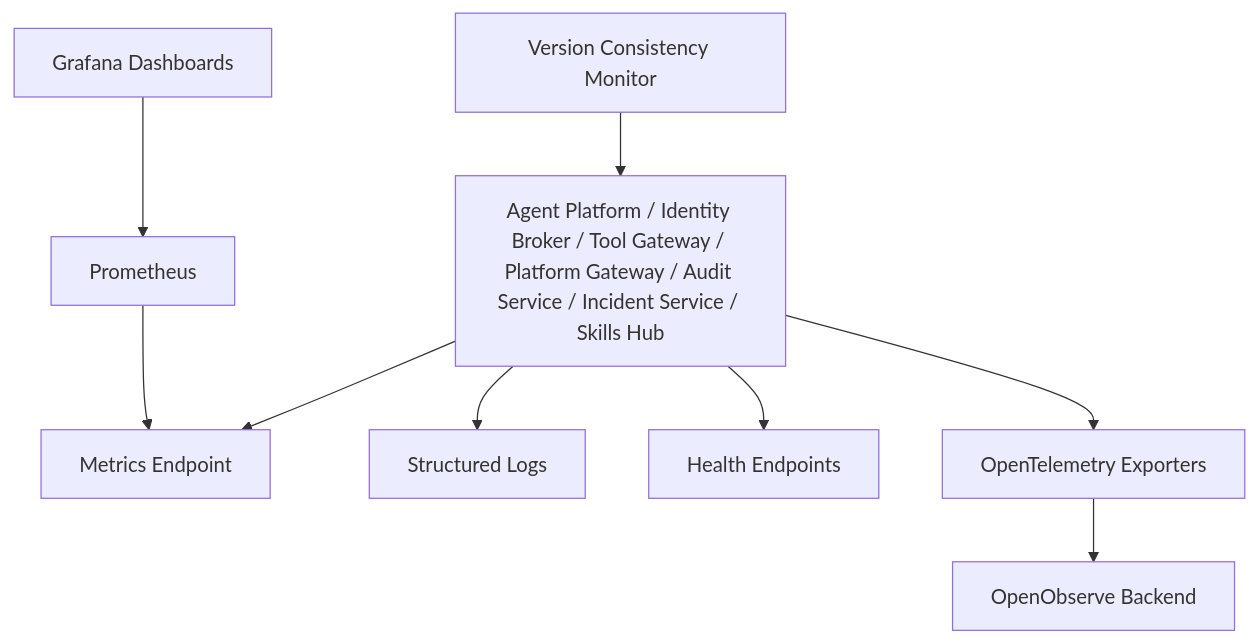
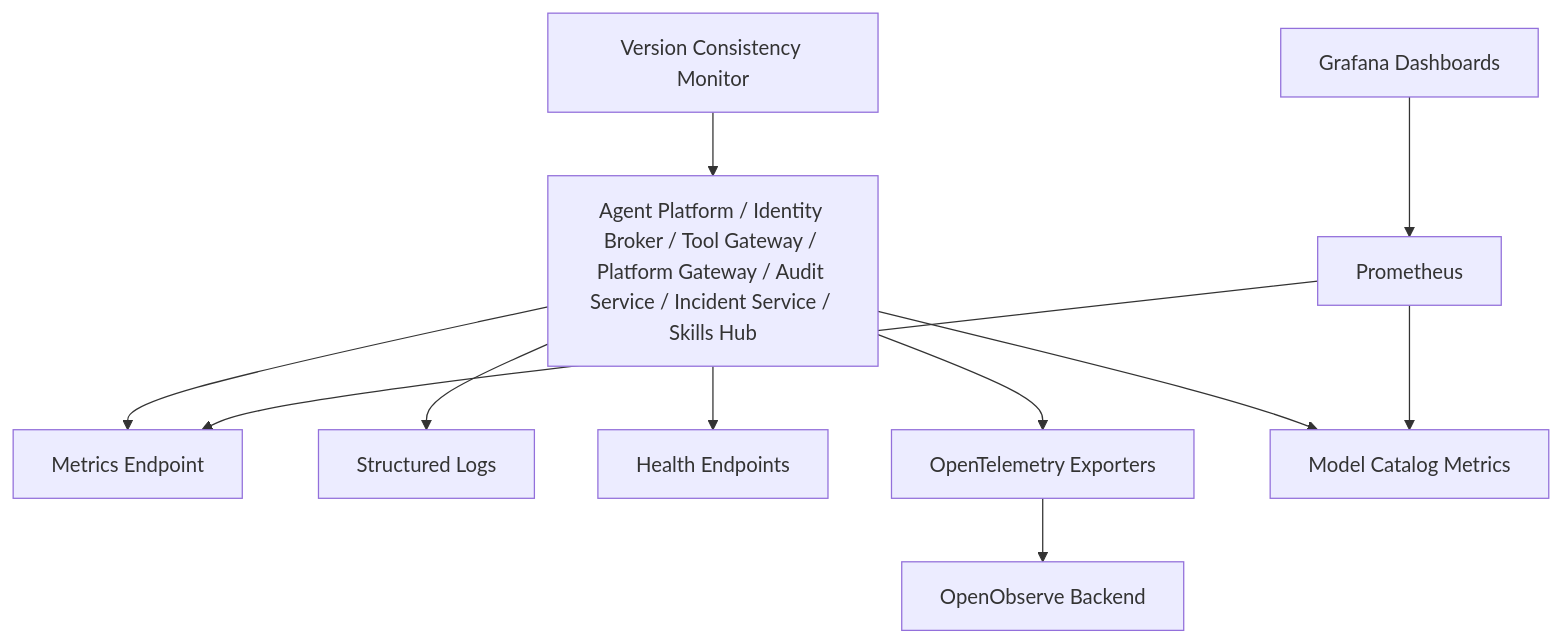
Before and after one commit to metasync/luban-aiops: the tenth of 11 diagrams in .qoder/repowiki/en/content/Deployment and Operations/Deployment and Operations.md, drawn with Mermaid. The commit also changed other lines of this file and 3 other files, not shown here.

````diff
--- a/.qoder/repowiki/en/content/Deployment and Operations/Deployment and Operations.md
+++ b/.qoder/repowiki/en/content/Deployment and Operations/Deployment and Operations.md
@@ -626,20 +695,23 @@
 ```mermaid
 graph TB
 Services["Agent Platform / Identity Broker / Tool Gateway / Platform Gateway / Audit Service / Incident Service / Skills Hub"]
 Metrics["Metrics Endpoint"]
 Logs["Structured Logs"]
 Health["Health Endpoints"]
 OTel["OpenTelemetry Exporters"]
+ModelMetrics["Model Catalog Metrics"]
 Prometheus["Prometheus"]
 Grafana["Grafana Dashboards"]
 OpenObserve["OpenObserve Backend"]
 VersionMonitor["Version Consistency Monitor"]
 Services --> Metrics
 Services --> Logs
 Services --> Health
 Services --> OTel
+Services --> ModelMetrics
 Prometheus --> Metrics
+Prometheus --> ModelMetrics
 Grafana --> Prometheus
 OTel --> OpenObserve
 VersionMonitor --> Services
 ```
````
